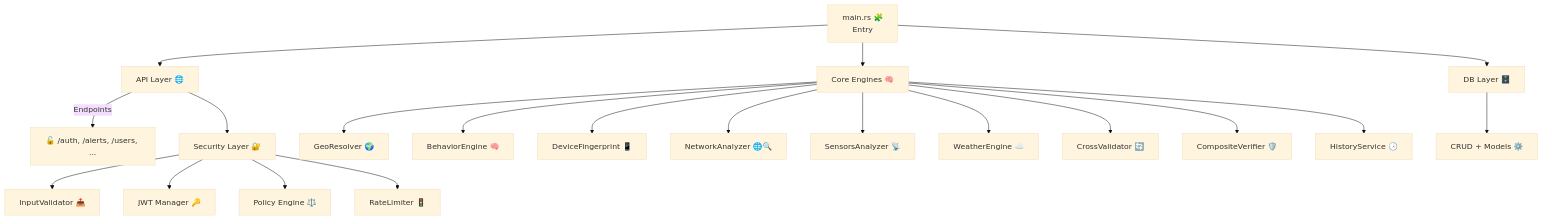
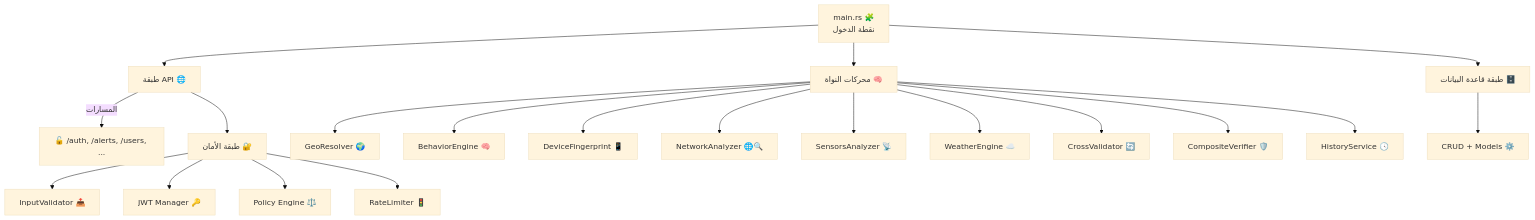
One commit to mktmansour/MKT-KSA-Geolocation-Security changed the diagram in README_AR.md. Above: the diagram before and after it, drawn with Mermaid (base theme). The commit also changed other lines of this file and 1 other file, not shown here.

````diff
--- a/README_AR.md
+++ b/README_AR.md
@@ -214,22 +204,22 @@
 ```mermaid
 graph TD
-    A[main.rs 🧩\nEntry] --> B[API Layer 🌐]
-    A --> C[Core Engines 🧠]
-    A --> D[DB Layer 🗄️]
-    B -->|Endpoints| E[🔓 /auth, /alerts, /users, ...]
+  A[main.rs 🧩\nنقطة الدخول] --> B[طبقة API 🌐]
+  A --> C[محركات النواة 🧠]
+  A --> D[طبقة قاعدة البيانات 🗄️]
+  B -->|المسارات| E[🔓 /auth, /alerts, /users, ...]
     C --> F[GeoResolver 🌍]
     C --> G[BehaviorEngine 🧠]
     C --> H[DeviceFingerprint 📱]
     C --> I[NetworkAnalyzer 🌐🔍]
     C --> J[SensorsAnalyzer 📡]
     C --> K[WeatherEngine ☁️]
     C --> L[CrossValidator 🔄]
     C --> M[CompositeVerifier 🛡️]
     C --> N[HistoryService 🕓]
     D --> O[CRUD + Models ⚙️]
-    B --> P[Security Layer 🔐]
+    B --> P[طبقة الأمان 🔐]
     P --> Q[InputValidator 📥]
     P --> R[JWT Manager 🔑]
     P --> S[Policy Engine ⚖️]
     P --> T[RateLimiter 🚦]
 ```
````
